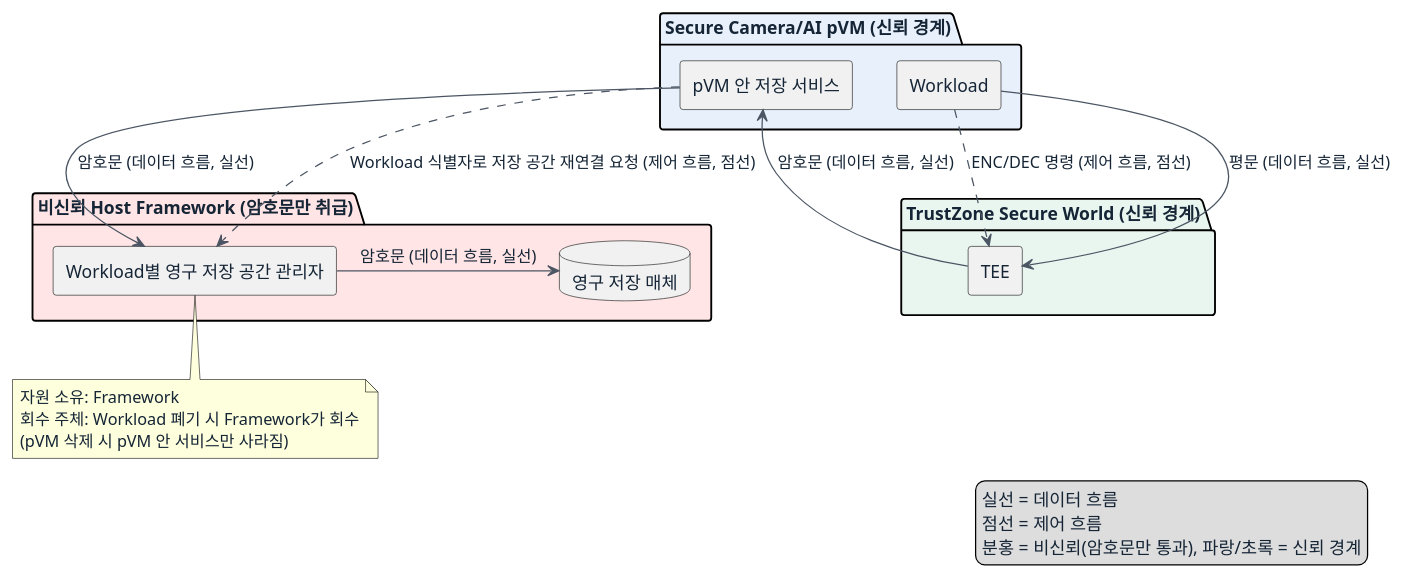
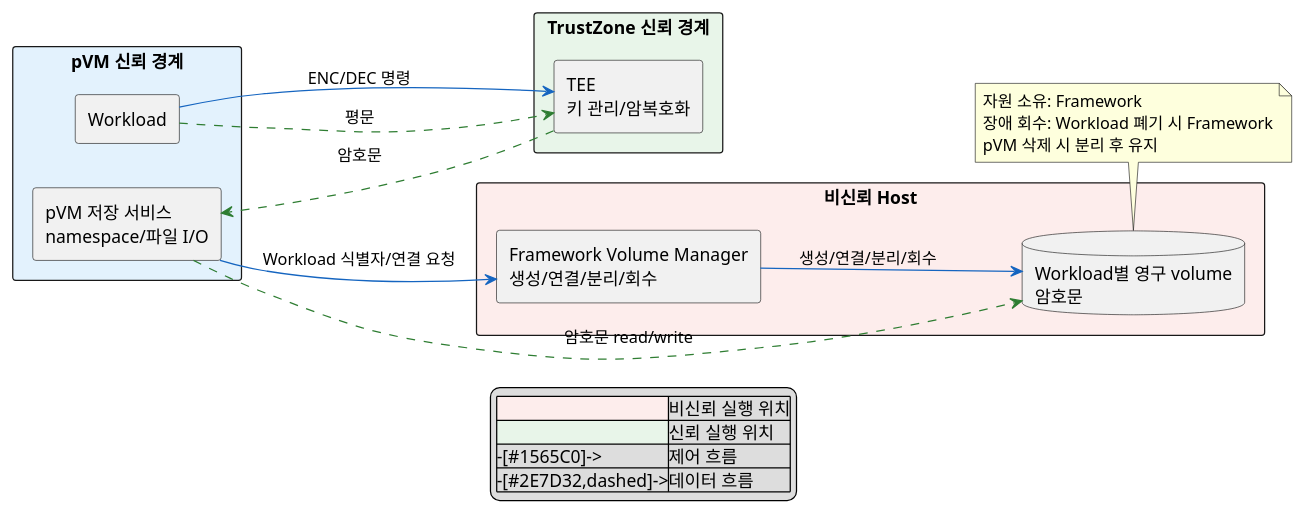
One commit to boram1288/test-p changed the second of 2 diagrams in docs-dp/DP-06.md. Above: the diagram before and after it, drawn with PlantUML. The commit also changed other lines of this file, not shown here.

````diff
--- a/docs-dp/DP-06.md
+++ b/docs-dp/DP-06.md
@@ -94,42 +86,35 @@
 ```plantuml
 @startuml
+left to right direction
+skinparam componentStyle rectangle
 skinparam shadowing false
-skinparam componentStyle rectangle
-skinparam ArrowColor #4B5563
-skinparam defaultFontColor #152536
-
-package "비신뢰 Host Framework (암호문만 취급)" #FFE5E5 {
-  [Workload별 영구 저장 공간 관리자] as FWStore
-  database "영구 저장 매체" as Disk
+rectangle "pVM 신뢰 경계" #E3F2FD {
+  component "Workload" as WL
+  component "pVM 저장 서비스\nnamespace/파일 I/O" as PVMSvc
 }
-
-package "Secure Camera/AI pVM (신뢰 경계)" #E8F1FB {
-  [Workload] as WL
-  [pVM 안 저장 서비스] as PVMSvc
+rectangle "비신뢰 Host" #FDEDEC {
+  component "Framework Volume Manager\n생성/연결/분리/회수" as FWStore
+  database "Workload별 영구 volume\n암호문" as Volume
 }
-
-package "TrustZone Secure World (신뢰 경계)" #E8F6EF {
-  [TEE] as TEE
+rectangle "TrustZone 신뢰 경계" #E8F5E9 {
+  component "TEE\n키 관리/암복호화" as TEE
 }
-
-WL -down-> TEE : 평문 (데이터 흐름, 실선)
-TEE -down-> PVMSvc : 암호문 (데이터 흐름, 실선)
-PVMSvc -right-> FWStore : 암호문 (데이터 흐름, 실선)
-FWStore -right-> Disk : 암호문 (데이터 흐름, 실선)
-
-WL ..> TEE : ENC/DEC 명령 (제어 흐름, 점선)
-PVMSvc ..> FWStore : Workload 식별자로 저장 공간 재연결 요청 (제어 흐름, 점선)
-
-note bottom of FWStore
+WL -[#1565C0]-> TEE : ENC/DEC 명령
+WL -[#2E7D32,dashed]-> TEE : 평문
+TEE -[#2E7D32,dashed]-> PVMSvc : 암호문
+PVMSvc -[#1565C0]-> FWStore : Workload 식별자/연결 요청
+FWStore -[#1565C0]-> Volume : 생성/연결/분리/회수
+PVMSvc -[#2E7D32,dashed]-> Volume : 암호문 read/write
+note bottom of Volume
   자원 소유: Framework
-  회수 주체: Workload 폐기 시 Framework가 회수
-  (pVM 삭제 시 pVM 안 서비스만 사라짐)
+  장애 회수: Workload 폐기 시 Framework
+  pVM 삭제 시 분리 후 유지
 end note
-
-legend right
-  실선 = 데이터 흐름
-  점선 = 제어 흐름
-  분홍 = 비신뢰(암호문만 통과), 파랑/초록 = 신뢰 경계
+legend
+  |<#FDEDEC>|비신뢰 실행 위치|
+  |<#E8F5E9>|신뢰 실행 위치|
+  |-[#1565C0]->|제어 흐름|
+  |-[#2E7D32,dashed]->|데이터 흐름|
 endlegend
 @enduml
 ```
````
